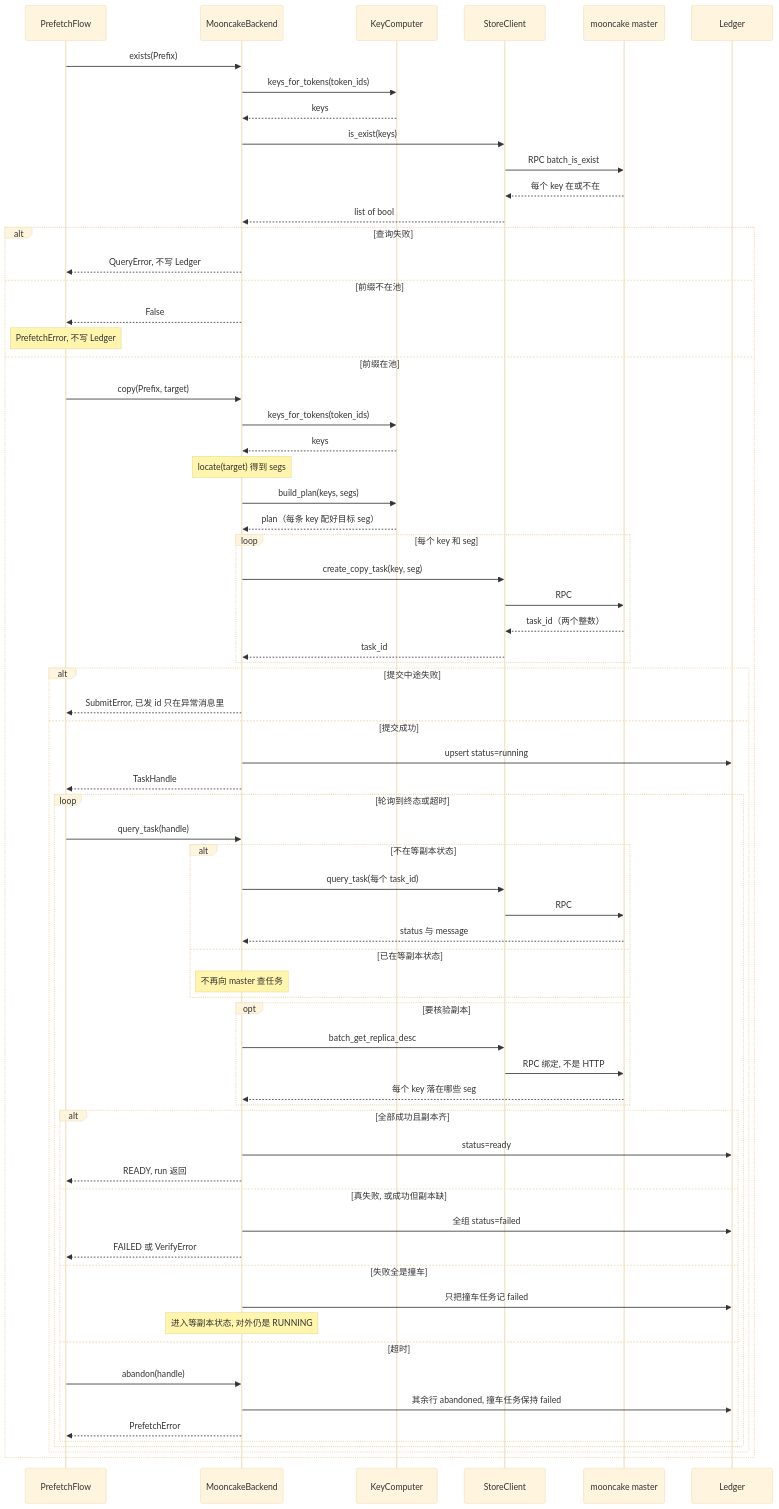
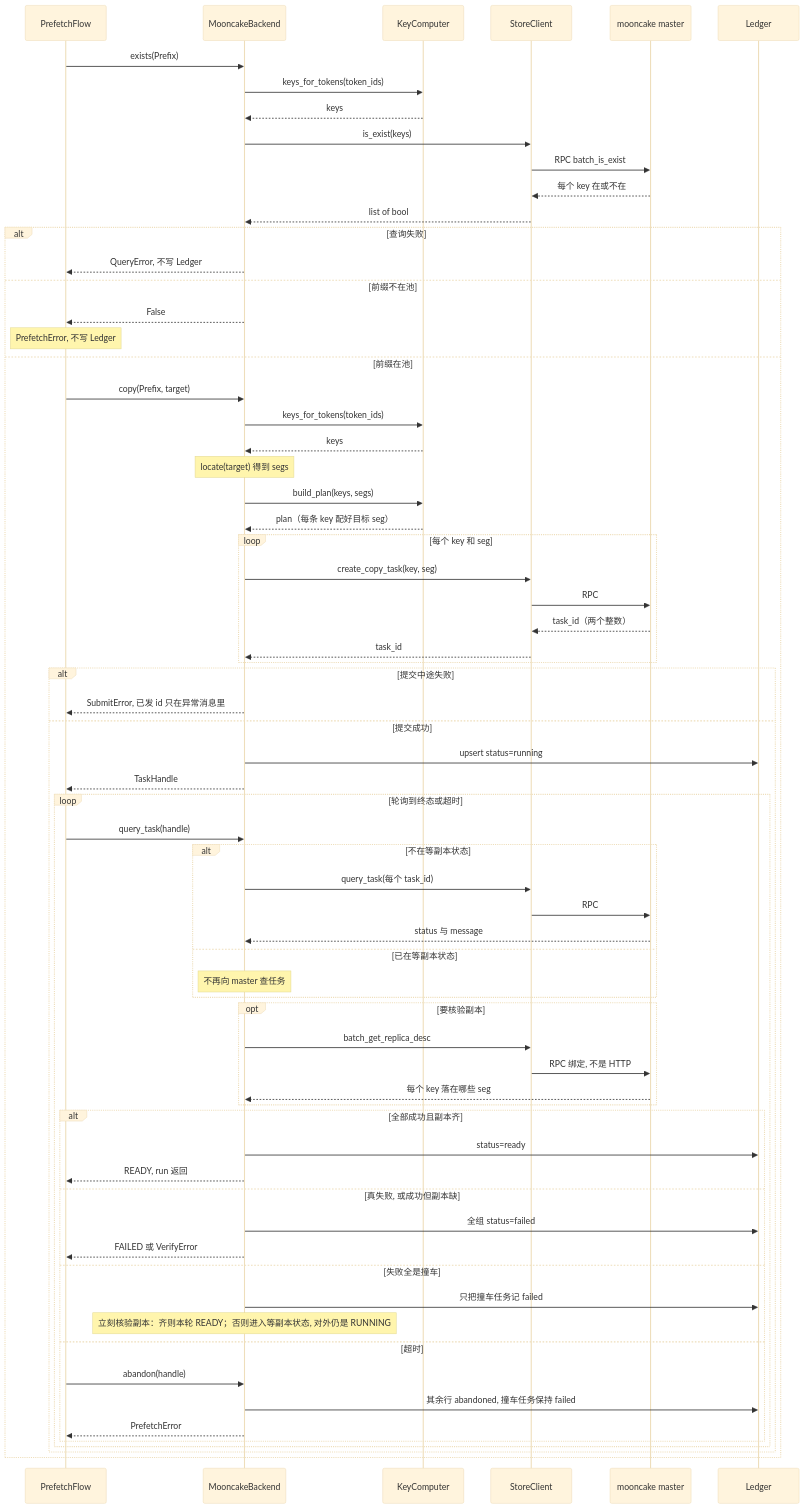
The diagram in kvcm/design/flows/prefetch.md (5x8-40/lake), drawn with Mermaid (base theme) before and after one commit. The commit also changed other lines of this file and 1 other file, not shown here.

````diff
--- a/kvcm/design/flows/prefetch.md
+++ b/kvcm/design/flows/prefetch.md
@@ -22,71 +21,71 @@
 ```mermaid
 sequenceDiagram
     participant Flow as PrefetchFlow
     participant BE as MooncakeBackend
     participant KC as KeyComputer
     participant SC as StoreClient
     participant M as mooncake master
     participant DB as Ledger
 
     Flow->>BE: exists(Prefix)
     BE->>KC: keys_for_tokens(token_ids)
     KC-->>BE: keys
     BE->>SC: is_exist(keys)
     SC->>M: RPC batch_is_exist
     M-->>SC: 每个 key 在或不在
     SC-->>BE: list of bool
     alt 查询失败
         BE-->>Flow: QueryError, 不写 Ledger
     else 前缀不在池
         BE-->>Flow: False
         Note over Flow: PrefetchError, 不写 Ledger
     else 前缀在池
         Flow->>BE: copy(Prefix, target)
         BE->>KC: keys_for_tokens(token_ids)
         KC-->>BE: keys
         Note over BE: locate(target) 得到 segs
         BE->>KC: build_plan(keys, segs)
         KC-->>BE: plan（每条 key 配好目标 seg）
         loop 每个 key 和 seg
             BE->>SC: create_copy_task(key, seg)
             SC->>M: RPC
             M-->>SC: task_id（两个整数）
             SC-->>BE: task_id
         end
         alt 提交中途失败
             BE-->>Flow: SubmitError, 已发 id 只在异常消息里
         else 提交成功
             BE->>DB: upsert status=running
             BE-->>Flow: TaskHandle
             loop 轮询到终态或超时
                 Flow->>BE: query_task(handle)
                 alt 不在等副本状态
                     BE->>SC: query_task(每个 task_id)
                     SC->>M: RPC
                     M-->>BE: status 与 message
                 else 已在等副本状态
                     Note over BE: 不再向 master 查任务
                 end
                 opt 要核验副本
                     BE->>SC: batch_get_replica_desc
                     SC->>M: RPC 绑定, 不是 HTTP
                     M-->>BE: 每个 key 落在哪些 seg
                 end
                 alt 全部成功且副本齐
                     BE->>DB: status=ready
                     BE-->>Flow: READY, run 返回
                 else 真失败, 或成功但副本缺
                     BE->>DB: 全组 status=failed
                     BE-->>Flow: FAILED 或 VerifyError
                 else 失败全是撞车
                     BE->>DB: 只把撞车任务记 failed
-                    Note over BE: 进入等副本状态, 对外仍是 RUNNING
+                    Note over BE: 立刻核验副本：齐则本轮 READY；否则进入等副本状态, 对外仍是 RUNNING
                 else 超时
                     Flow->>BE: abandon(handle)
                     BE->>DB: 其余行 abandoned, 撞车任务保持 failed
                     BE-->>Flow: PrefetchError
                 end
             end
         end
     end
 ```
````
